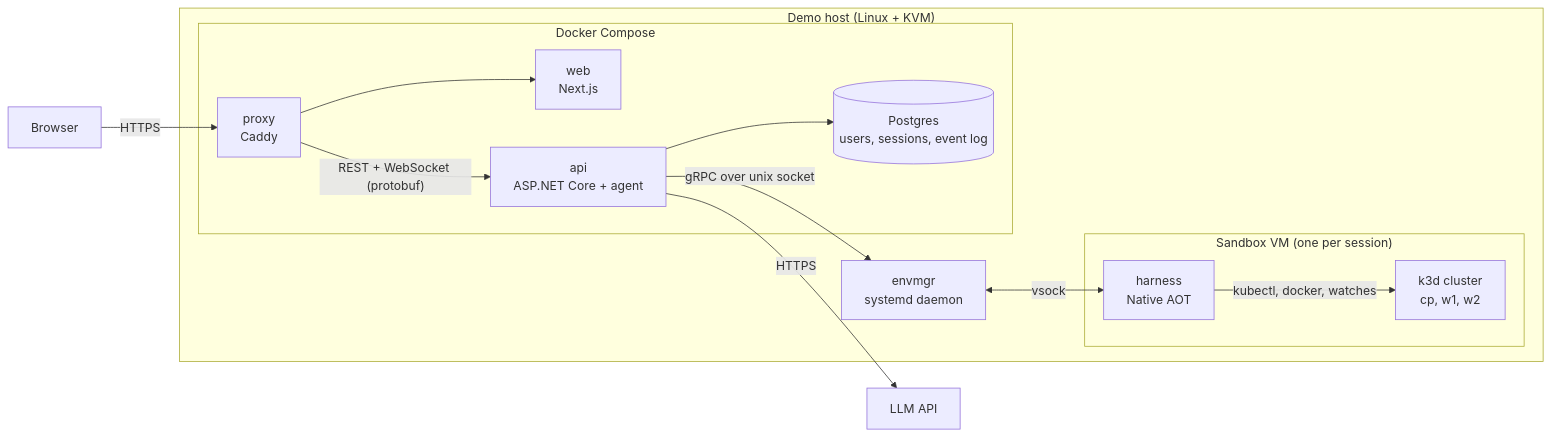
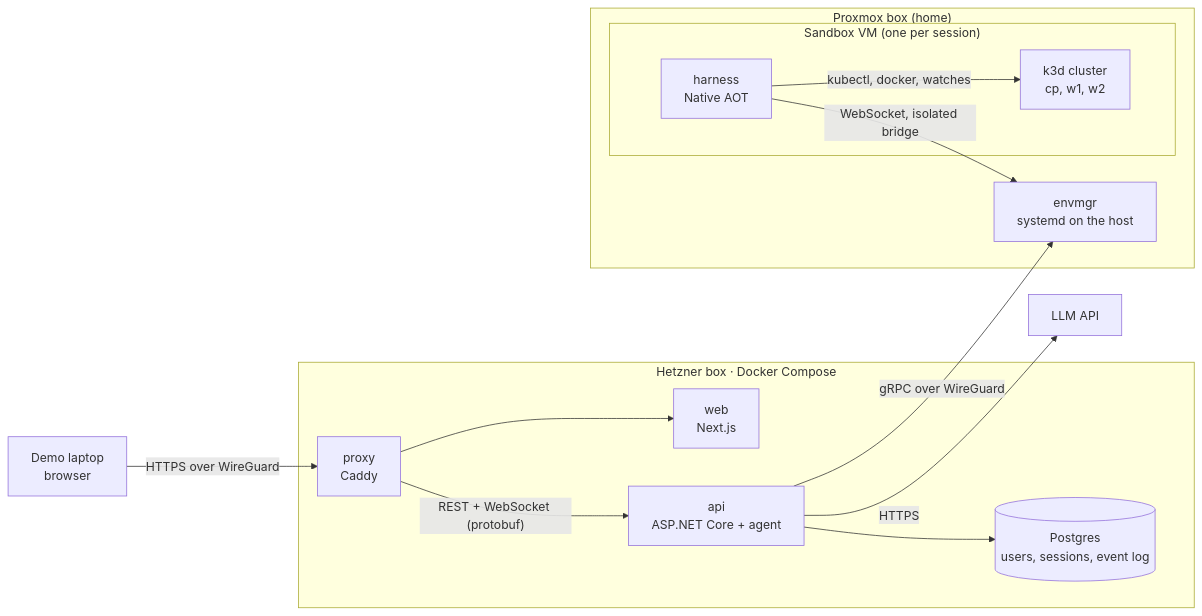
One commit to kubernetes-learning-platform/docs changed the second of 2 diagrams in ARCHITECTURE.md. Above: the diagram before and after it, drawn with Mermaid. The commit also changed other lines of this file and 4 other files, not shown here.

Commit message:
docs: move hosting to Hetzner and Proxmox over a WireGuard mesh

````diff
--- a/ARCHITECTURE.md
+++ b/ARCHITECTURE.md
@@ -96,28 +99,29 @@
 ```mermaid
 flowchart LR
-    browser["Browser"]
+    laptop["Demo laptop<br/>browser"]
     llm["LLM API"]
 
-    subgraph host["Demo host (Linux + KVM)"]
-        subgraph compose["Docker Compose"]
-            proxy["proxy<br/>Caddy"]
-            web["web<br/>Next.js"]
-            api["api<br/>ASP.NET Core + agent"]
-            db[("Postgres<br/>users, sessions, event log")]
-        end
-        envmgr["envmgr<br/>systemd daemon"]
+    subgraph hetzner["Hetzner box · Docker Compose"]
+        proxy["proxy<br/>Caddy"]
+        web["web<br/>Next.js"]
+        api["api<br/>ASP.NET Core + agent"]
+        db[("Postgres<br/>users, sessions, event log")]
+    end
+
+    subgraph home["Proxmox box (home)"]
+        envmgr["envmgr<br/>systemd on the host"]
         subgraph vm["Sandbox VM (one per session)"]
             harness["harness<br/>Native AOT"]
             k3d["k3d cluster<br/>cp, w1, w2"]
         end
     end
 
-    browser -->|HTTPS| proxy
+    laptop -->|"HTTPS over WireGuard"| proxy
     proxy --> web
     proxy -->|"REST + WebSocket (protobuf)"| api
     api --> db
     api -->|HTTPS| llm
-    api -->|"gRPC over unix socket"| envmgr
-    envmgr <-->|vsock| harness
+    api -->|"gRPC over WireGuard"| envmgr
+    harness -->|"WebSocket, isolated bridge"| envmgr
     harness -->|"kubectl, docker, watches"| k3d
 ```
````
